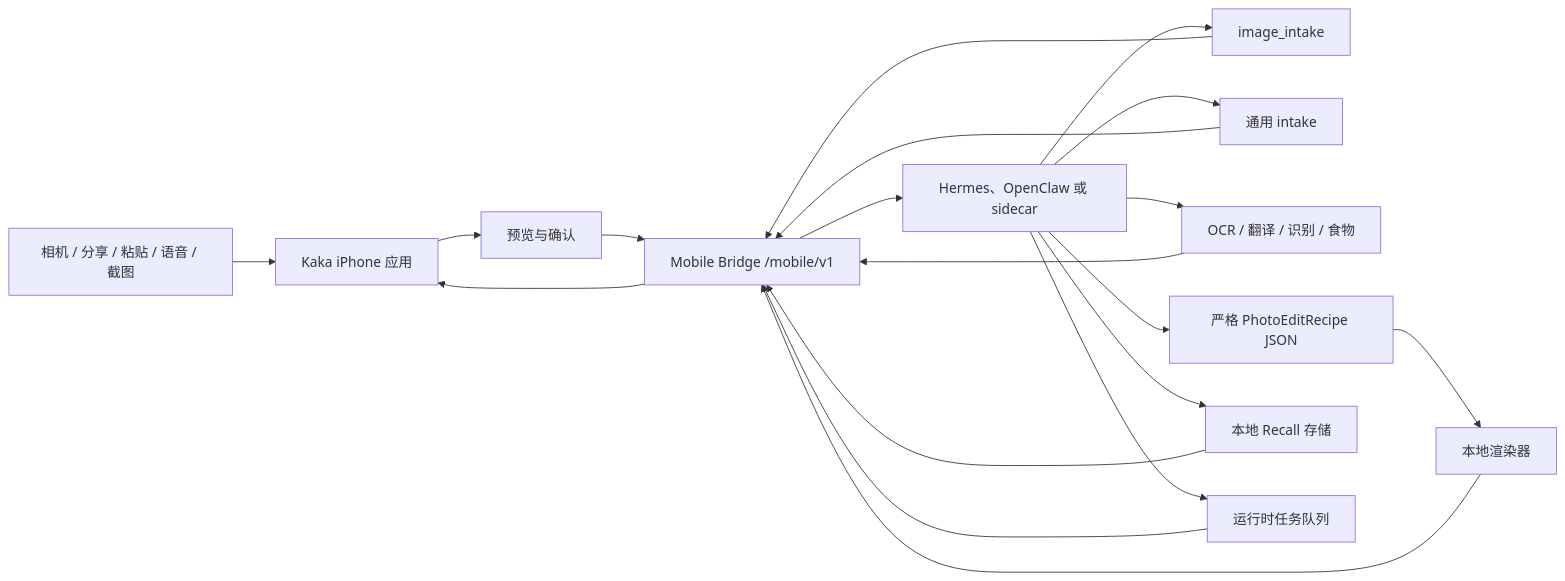
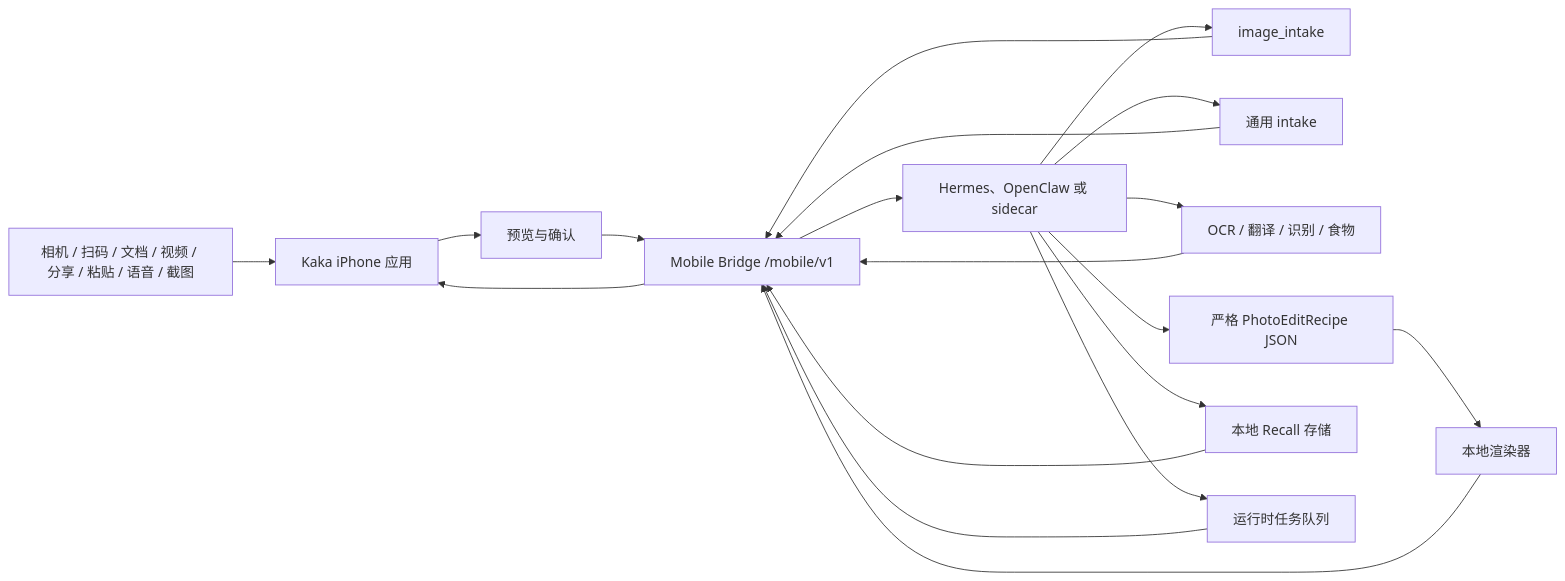
The diagram in README.zh-CN.md (MightyKartz/kaka), drawn with Mermaid before and after one commit. The commit also changed other lines of this file and 87 other files, not shown here.

````diff
--- a/README.zh-CN.md
+++ b/README.zh-CN.md
@@ -37,21 +38,21 @@
 ```mermaid
 flowchart LR
-  Inputs["相机 / 分享 / 粘贴 / 语音 / 截图"] --> Phone["Kaka iPhone 应用"]
+  Inputs["相机 / 扫码 / 文档 / 视频 / 分享 / 粘贴 / 语音 / 截图"] --> Phone["Kaka iPhone 应用"]
   Phone --> Consent["预览与确认"]
   Consent --> Bridge["Mobile Bridge /mobile/v1"]
   Bridge --> Runtime["Hermes、OpenClaw 或 sidecar"]
   Runtime --> ImageIntake["image_intake"]
   Runtime --> Universal["通用 intake"]
   Runtime --> Vision["OCR / 翻译 / 识别 / 食物"]
   Runtime --> Recipe["严格 PhotoEditRecipe JSON"]
   Runtime --> Recall["本地 Recall 存储"]
   Runtime --> Tasks["运行时任务队列"]
   Recipe --> Renderer["本地渲染器"]
   ImageIntake --> Bridge
   Universal --> Bridge
   Vision --> Bridge
   Renderer --> Bridge
   Recall --> Bridge
   Tasks --> Bridge
   Bridge --> Phone
 ```
````
